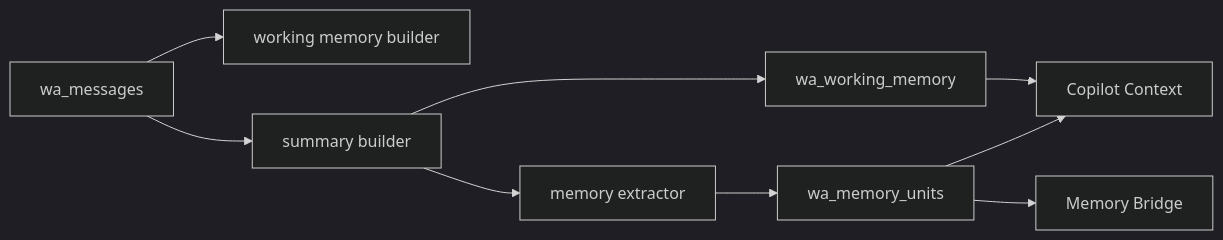
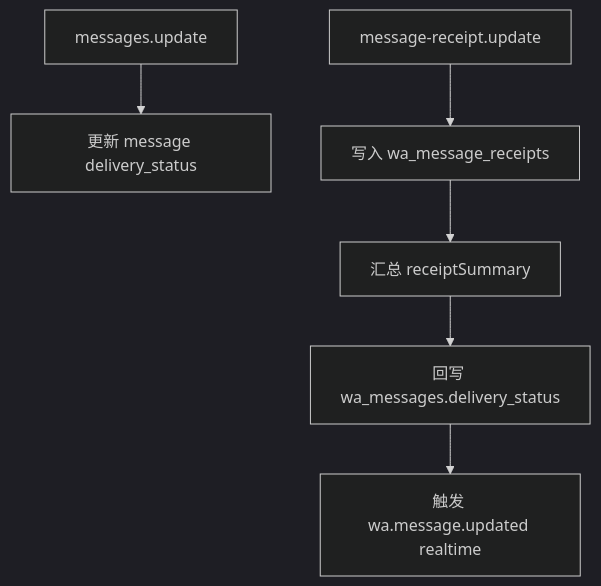
One commit to ciby9833/nuychat changed the fifth of 5 diagrams in docs/whatsapp方案.md. Above: the diagram before and after it, drawn with Mermaid (dark theme). The commit also changed other lines of this file and 46 other files, not shown here.

````diff
--- a/docs/whatsapp方案.md
+++ b/docs/whatsapp方案.md
@@ -892,11 +270,8 @@
 ```mermaid
-flowchart LR
-    A["wa_messages"] --> B["working memory builder"]
-    A --> C["summary builder"]
-    C --> D["wa_working_memory"]
-    C --> E["memory extractor"]
-    E --> F["wa_memory_units"]
-    F --> G["Memory Bridge"]
-    D --> H["Copilot Context"]
-    F --> H
+flowchart TD
+    A["messages.update"] --> B["更新 message delivery_status"]
+    C["message-receipt.update"] --> D["写入 wa_message_receipts"]
+    D --> E["汇总 receiptSummary"]
+    E --> F["回写 wa_messages.delivery_status"]
+    F --> G["触发 wa.message.updated realtime"]
 ```
````
